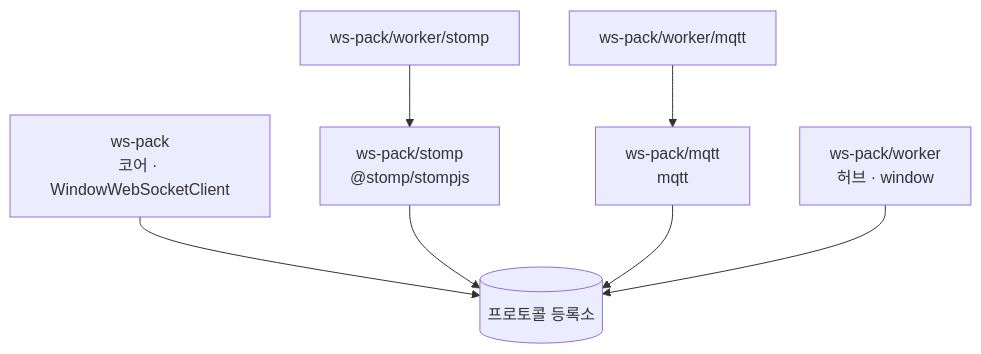
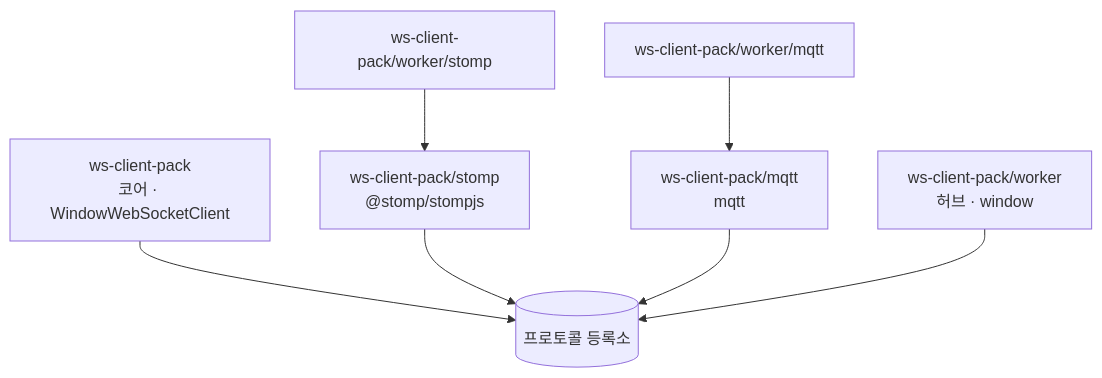
Before and after one commit to 4sizn/ws-pack: the third of 6 diagrams in docs/architecture.md, drawn with Mermaid. The commit also changed 25 other files, not shown here.

First line of the commit message:
chore: rename the package to ws-client-pack (#38)

````diff
--- a/docs/architecture.md
+++ b/docs/architecture.md
@@ -119,17 +119,17 @@
 ```mermaid
 flowchart TB
-  core["ws-pack<br/>코어 · WindowWebSocketClient"]
-  stomp["ws-pack/stomp<br/>@stomp/stompjs"]
-  mqtt["ws-pack/mqtt<br/>mqtt"]
-  worker["ws-pack/worker<br/>허브 · window"]
-  ws["ws-pack/worker/stomp"]
-  wm["ws-pack/worker/mqtt"]
+  core["ws-client-pack<br/>코어 · WindowWebSocketClient"]
+  stomp["ws-client-pack/stomp<br/>@stomp/stompjs"]
+  mqtt["ws-client-pack/mqtt<br/>mqtt"]
+  worker["ws-client-pack/worker<br/>허브 · window"]
+  ws["ws-client-pack/worker/stomp"]
+  wm["ws-client-pack/worker/mqtt"]
   reg[("프로토콜 등록소")]
 
   core --> reg
   stomp --> reg
   mqtt --> reg
   worker --> reg
   ws --> stomp
   wm --> mqtt
 ```
````
